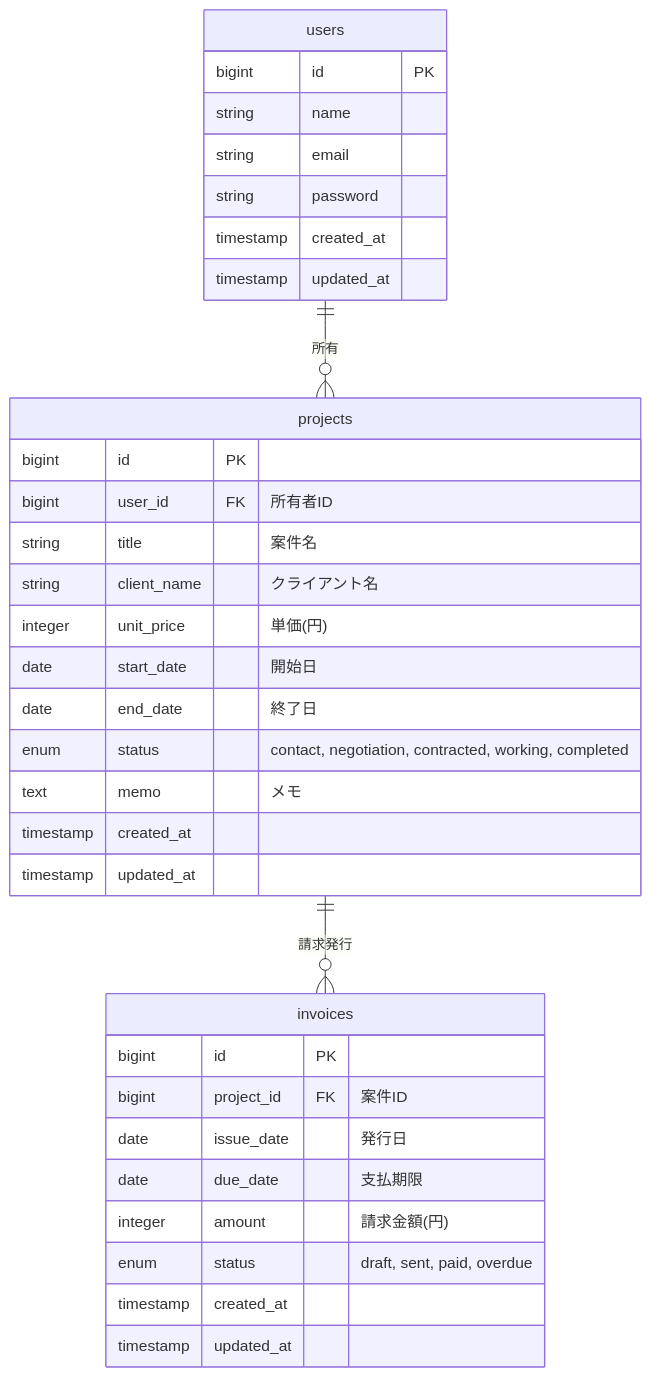
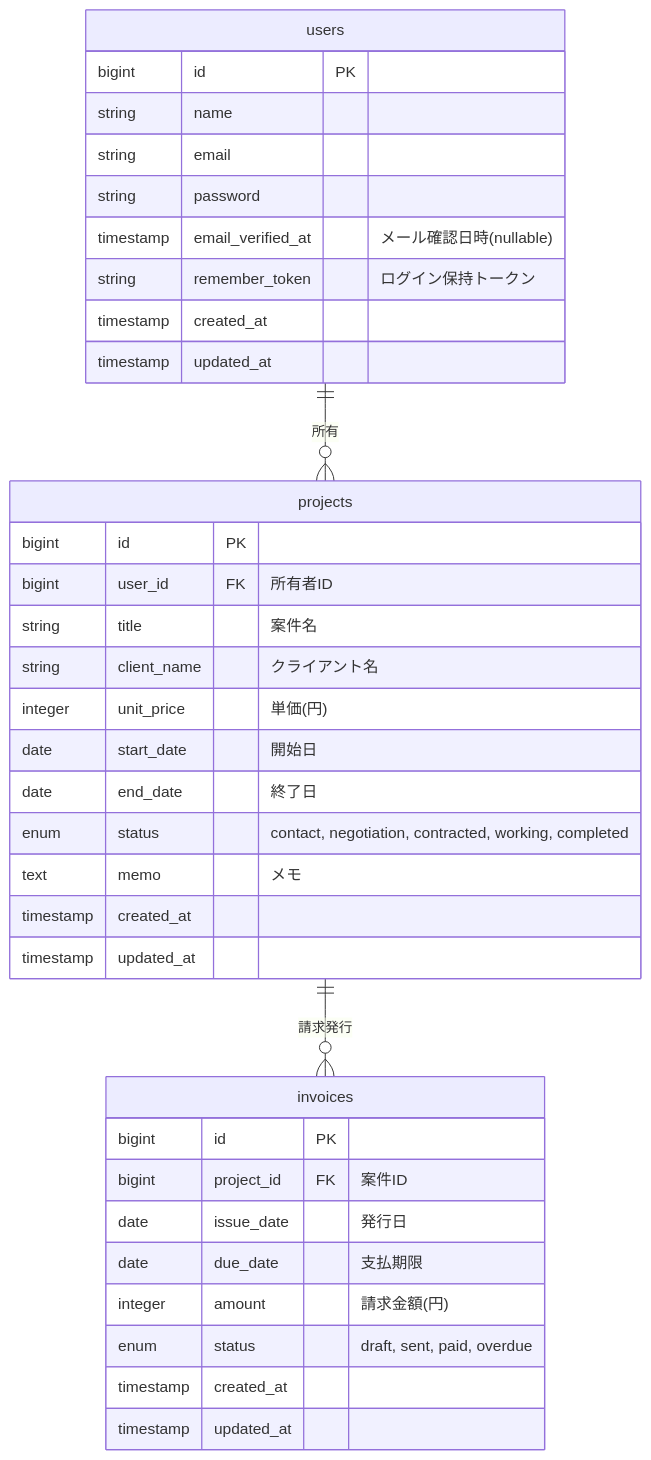
Before and after one commit to KazumaO1127/freelance-management-system-demo: the diagram in docs/er-diagram.md, drawn with Mermaid.

Commit message:
Update docs/er-diagram.md
added email_verified_at and remember_token columns to users table

````diff
--- a/docs/er-diagram.md
+++ b/docs/er-diagram.md
@@ -3,39 +3,41 @@
 ```mermaid
 erDiagram
     users ||--o{ projects : "所有"
     projects ||--o{ invoices : "請求発行"
 
     users {
         bigint id PK
         string name
         string email
         string password
+        timestamp email_verified_at "メール確認日時(nullable)"
+        string remember_token "ログイン保持トークン"
         timestamp created_at
         timestamp updated_at
     }
 
     projects {
         bigint id PK
         bigint user_id FK "所有者ID"
         string title "案件名"
         string client_name "クライアント名"
         integer unit_price "単価(円)"
         date start_date "開始日"
         date end_date "終了日"
         enum status "contact, negotiation, contracted, working, completed"
         text memo "メモ"
         timestamp created_at
         timestamp updated_at
     }
 
     invoices {
         bigint id PK
         bigint project_id FK "案件ID"
         date issue_date "発行日"
         date due_date "支払期限"
         integer amount "請求金額(円)"
         enum status "draft, sent, paid, overdue"
         timestamp created_at
         timestamp updated_at
     }
 ```
````
